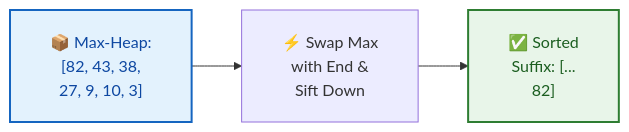
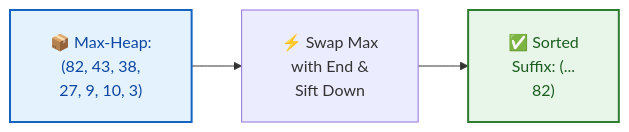
One commit to dip4k/DSA_102 changed the fourth of 7 diagrams in week_03_foundations_iii_sorting_and_hashing/Week_03_Visual_Concepts_Playbook_HYBRID.md. Above: the diagram before and after it, drawn with Mermaid. The commit also changed other lines of this file and 147 other files, not shown here.

First line of the commit message:
feat(curriculum): enrich Weeks 01-19 instructional modules & resolve repository-wide Mermaid cutoff

````diff
--- a/week_03_foundations_iii_sorting_and_hashing/Week_03_Visual_Concepts_Playbook_HYBRID.md
+++ b/week_03_foundations_iii_sorting_and_hashing/Week_03_Visual_Concepts_Playbook_HYBRID.md
@@ -421,12 +421,12 @@
 ```mermaid
 %%{init: {"flowchart": {"htmlLabels": true, "padding": 20}, "themeCSS": "foreignObject { overflow: visible !important; }"}}%%
 flowchart LR
     classDef heap fill:#e3f2fd,stroke:#1565c0,stroke-width:2px,color:#0d47a1
     classDef sorted fill:#e8f5e9,stroke:#2e7d32,stroke-width:2px,color:#1b5e20
 
-    H["📦 Max-Heap:<br/>[82, 43, 38,<br/>27, 9, 10, 3]"]:::heap
+    H["📦 Max-Heap:<br/>(82, 43, 38,<br/>27, 9, 10, 3)"]:::heap
     Ext["⚡ Swap Max<br/>with End &<br/>Sift Down"]
-    S["✅ Sorted<br/>Suffix: [...<br/>82]"]:::sorted
+    S["✅ Sorted<br/>Suffix: (...<br/>82)"]:::sorted
 
     H --> Ext --> S
 ```
````
